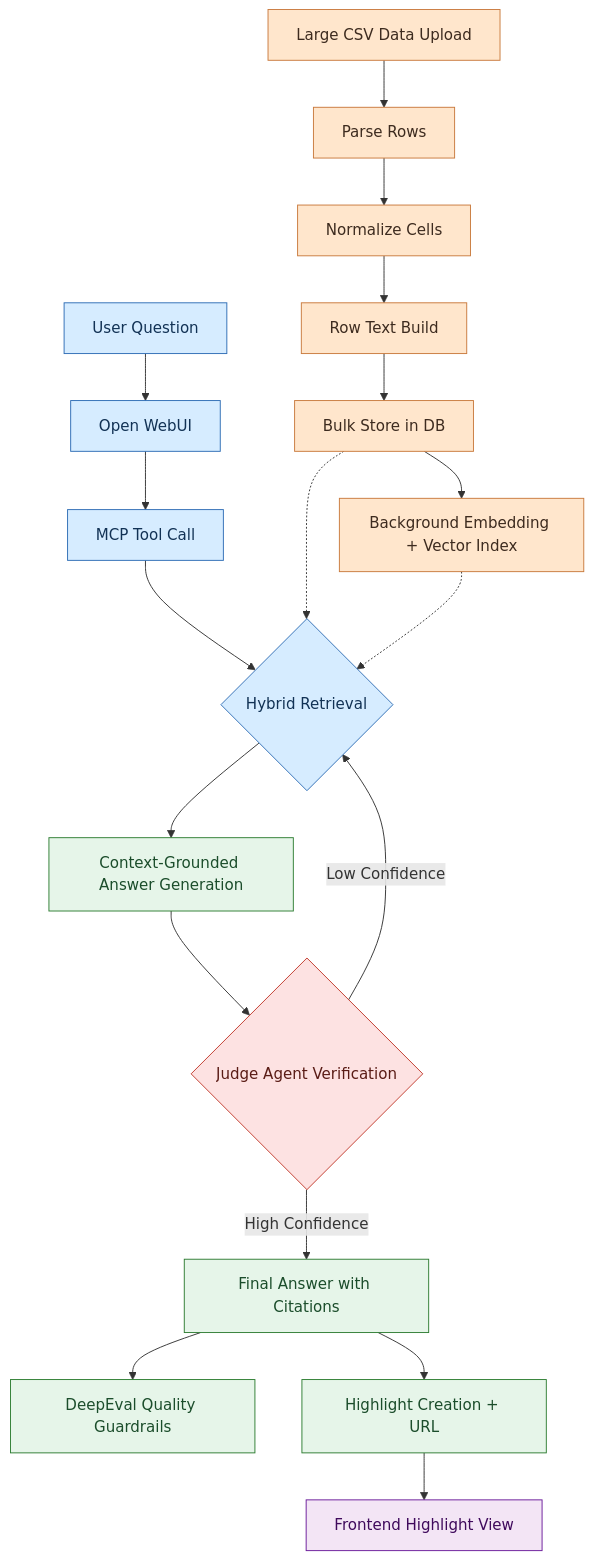
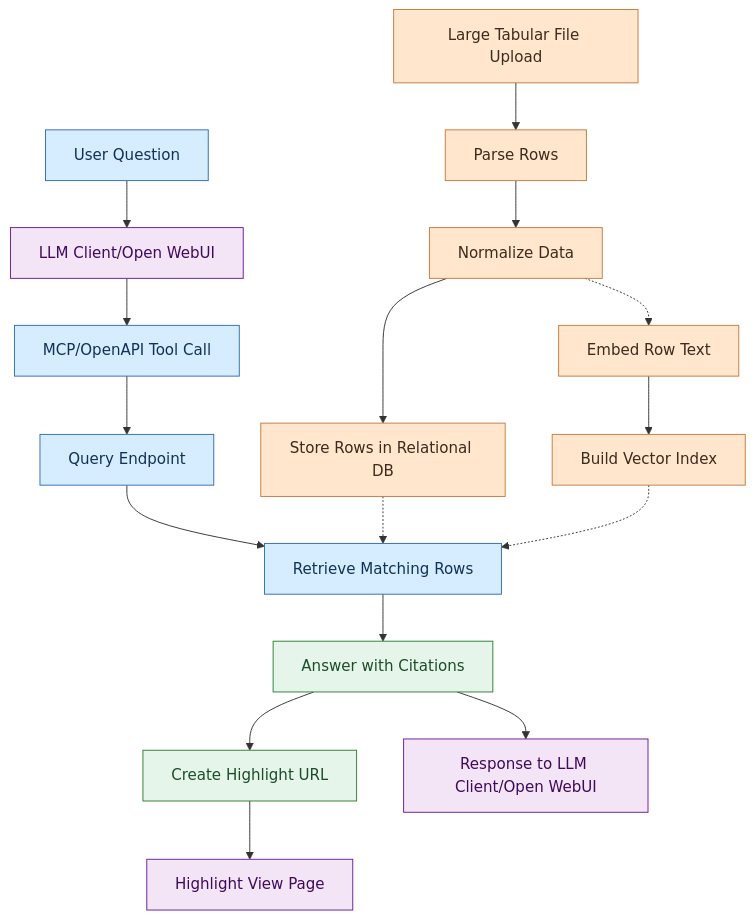
Before and after one commit to msamanthaf/TabulaRAG: the diagram in README.md, drawn with Mermaid. The commit also changed other lines of this file, not shown here.

Commit message:
Update architecture diagram in README.md

````diff
--- a/README.md
+++ b/README.md
@@ -79,34 +80,30 @@
 ```mermaid
 graph TD
-  A[Large CSV Data Upload] --> B[Parse Rows]
-  B --> C[Normalize Cells]
-  C --> D[Row Text Build]
-  D --> E[Bulk Store in DB]
-  E --> F[Background Embedding + Vector Index]
+  A[Large Tabular File Upload] --> B[Parse Rows]
+  B --> C[Normalize Data]
+  C --> D[Store Rows in Relational DB]
+  C -.-> E[Embed Row Text]
+  E --> F[Build Vector Index]
 
-  Q[User Question] --> W[Open WebUI]
-  W --> M[MCP Tool Call]
-  M --> R{Hybrid Retrieval}
-  E -.-> R
+  Q[User Question] --> W[LLM Client/Open WebUI]
+  W --> M[MCP/OpenAPI Tool Call]
+  M --> N[Query Endpoint]
+  N --> R[Retrieve Matching Rows]
+  D -.-> R
   F -.-> R
-  R --> G[Context-Grounded Answer Generation]
-  G --> H{Judge Agent Verification}
-  H -- Low Confidence --> R
-  H -- High Confidence --> I[Final Answer with Citations]
-  I --> J[DeepEval Quality Guardrails]
-  I --> K[Highlight Creation + URL]
-  K --> L[Frontend Highlight View]
+  R --> H[Answer with Citations]
+  H --> U[Create Highlight URL]
+  H --> O[Response to LLM Client/Open WebUI]
+  U --> L[Highlight View Page]
 
   classDef ingest fill:#FFE6CC,stroke:#C97A3D,color:#3D2B1F;
   classDef retrieval fill:#D6ECFF,stroke:#2F6DB5,color:#123255;
   classDef answer fill:#E6F5E9,stroke:#2E7D32,color:#1B4D2B;
-  classDef verify fill:#FDE2E2,stroke:#C0392B,color:#5A1C16;
   classDef ui fill:#F3E5F5,stroke:#6A1B9A,color:#3F0A5C;
 
   class A,B,C,D,E,F ingest;
-  class Q,W,M,R retrieval;
-  class G,I,J,K answer;
-  class H verify;
-  class L ui;
+  class Q,M,N,R retrieval;
+  class H,U answer;
+  class W,L,O ui;
 
 ```
````
